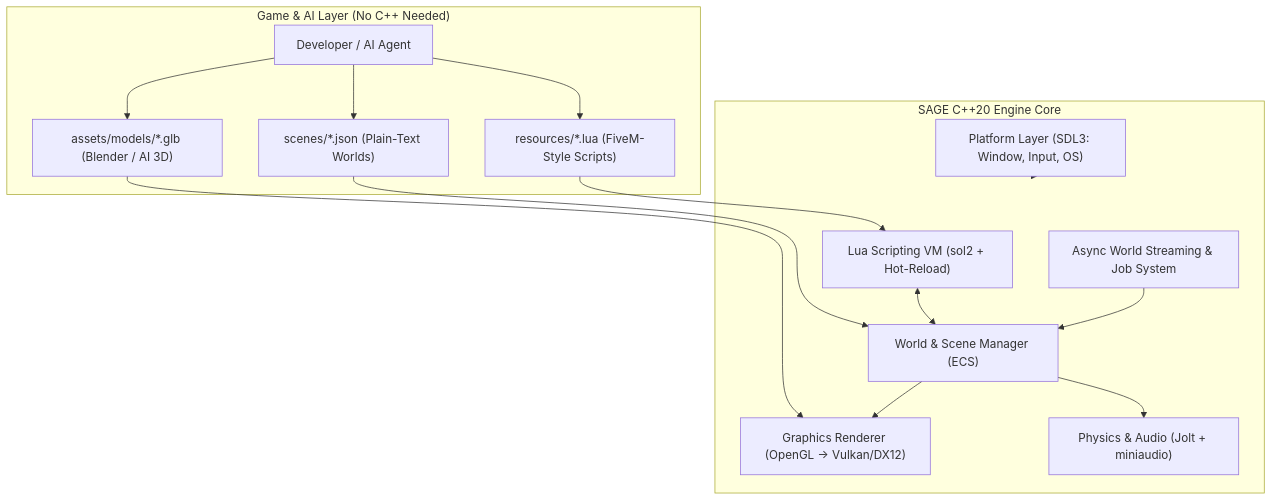
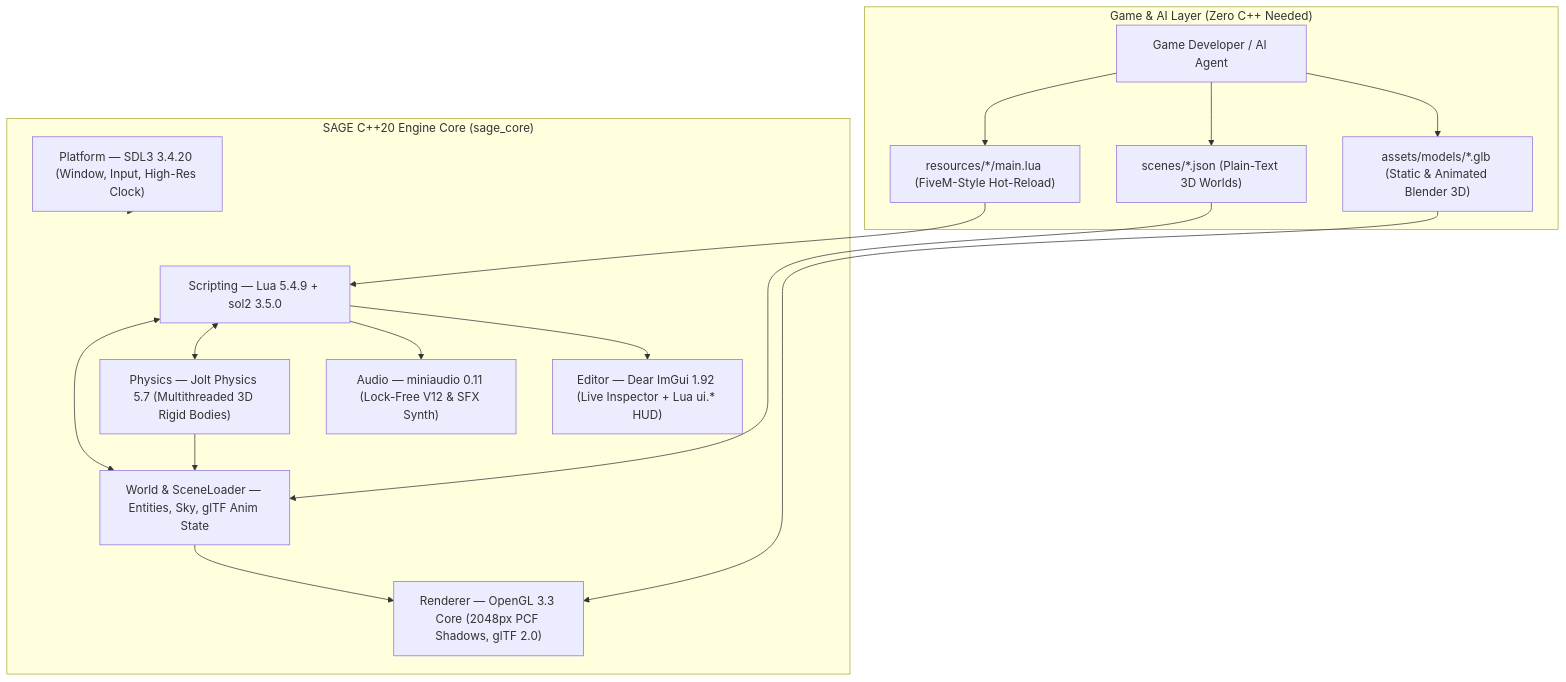
One commit to dasunsucharith/sage-engine changed the diagram in docs/architecture.md. Above: the diagram before and after it, drawn with Mermaid. The commit also changed other lines of this file and 4 other files, not shown here.

Commit message:
docs: add developer Getting Started & Making a Game guides, refresh architecture, README, and Lua API cookbook

````diff
--- a/docs/architecture.md
+++ b/docs/architecture.md
@@ -5,30 +5,33 @@
 ```mermaid
 flowchart TB
-    subgraph GameLayer["Game & AI Layer (No C++ Needed)"]
-        AI["Developer / AI Agent"]
-        LUA["resources/*.lua (FiveM-Style Scripts)"]
-        JSON["scenes/*.json (Plain-Text Worlds)"]
-        GLB["assets/models/*.glb (Blender / AI 3D)"]
+    subgraph GameLayer["Game & AI Layer (Zero C++ Needed)"]
+        DEV["Game Developer / AI Agent"]
+        LUA["resources/*/main.lua (FiveM-Style Hot-Reload)"]
+        JSON["scenes/*.json (Plain-Text 3D Worlds)"]
+        GLB["assets/models/*.glb (Static & Animated Blender 3D)"]
     end
 
-    subgraph EngineCore["SAGE C++20 Engine Core"]
-        SCRIPT["Lua Scripting VM (sol2 + Hot-Reload)"]
-        ECS["World & Scene Manager (ECS)"]
-        RENDER["Graphics Renderer (OpenGL -> Vulkan/DX12)"]
-        PHYS["Physics & Audio (Jolt + miniaudio)"]
-        STREAM["Async World Streaming & Job System"]
-        PLAT["Platform Layer (SDL3: Window, Input, OS)"]
+    subgraph EngineCore["SAGE C++20 Engine Core (sage_core)"]
+        SCRIPT["Scripting — Lua 5.4.9 + sol2 3.5.0"]
+        WORLD["World & SceneLoader — Entities, Sky, glTF Anim State"]
+        PHYS["Physics — Jolt Physics 5.7 (Multithreaded 3D Rigid Bodies)"]
+        RENDER["Renderer — OpenGL 3.3 Core (2048px PCF Shadows, glTF 2.0)"]
+        AUDIO["Audio — miniaudio 0.11 (Lock-Free V12 & SFX Synth)"]
+        EDITOR["Editor — Dear ImGui 1.92 (Live Inspector + Lua ui.* HUD)"]
+        PLAT["Platform — SDL3 3.4.20 (Window, Input, High-Res Clock)"]
     end
 
-    AI --> LUA
-    AI --> JSON
-    AI --> GLB
+    DEV --> LUA
+    DEV --> JSON
+    DEV --> GLB
     LUA --> SCRIPT
-    JSON --> ECS
+    JSON --> WORLD
     GLB --> RENDER
-    SCRIPT <--> ECS
-    ECS --> RENDER
-    ECS --> PHYS
-    STREAM --> ECS
+    SCRIPT <--> WORLD
+    SCRIPT <--> PHYS
+    SCRIPT --> AUDIO
+    SCRIPT --> EDITOR
+    PHYS --> WORLD
+    WORLD --> RENDER
     PLAT --> EngineCore
 ```
````
